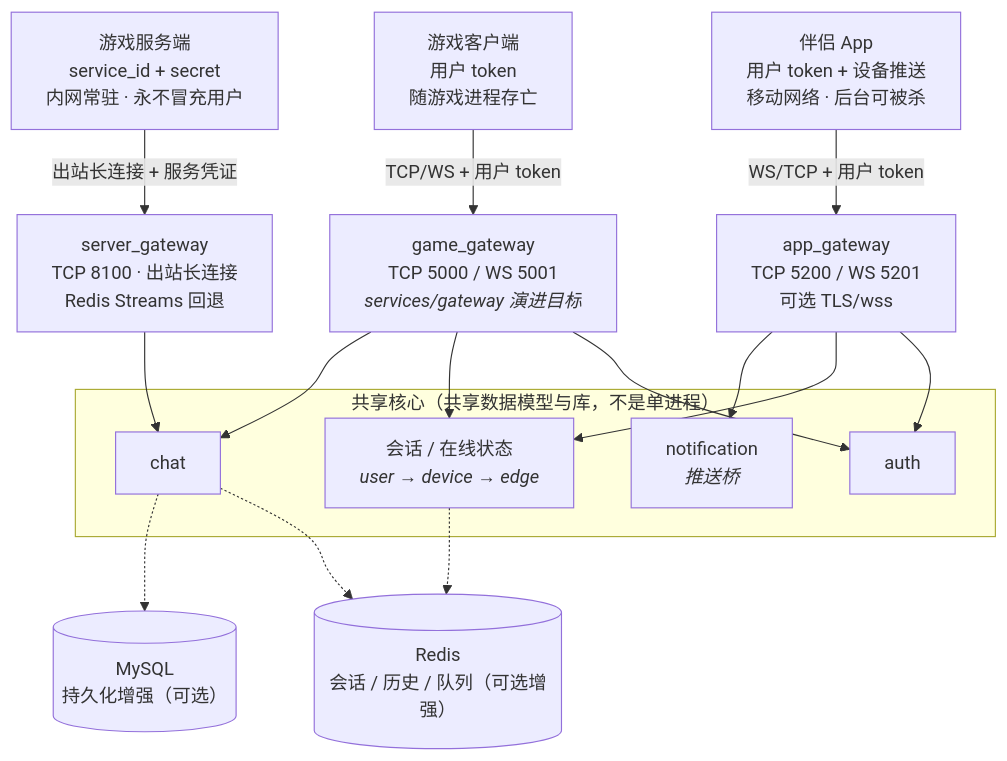
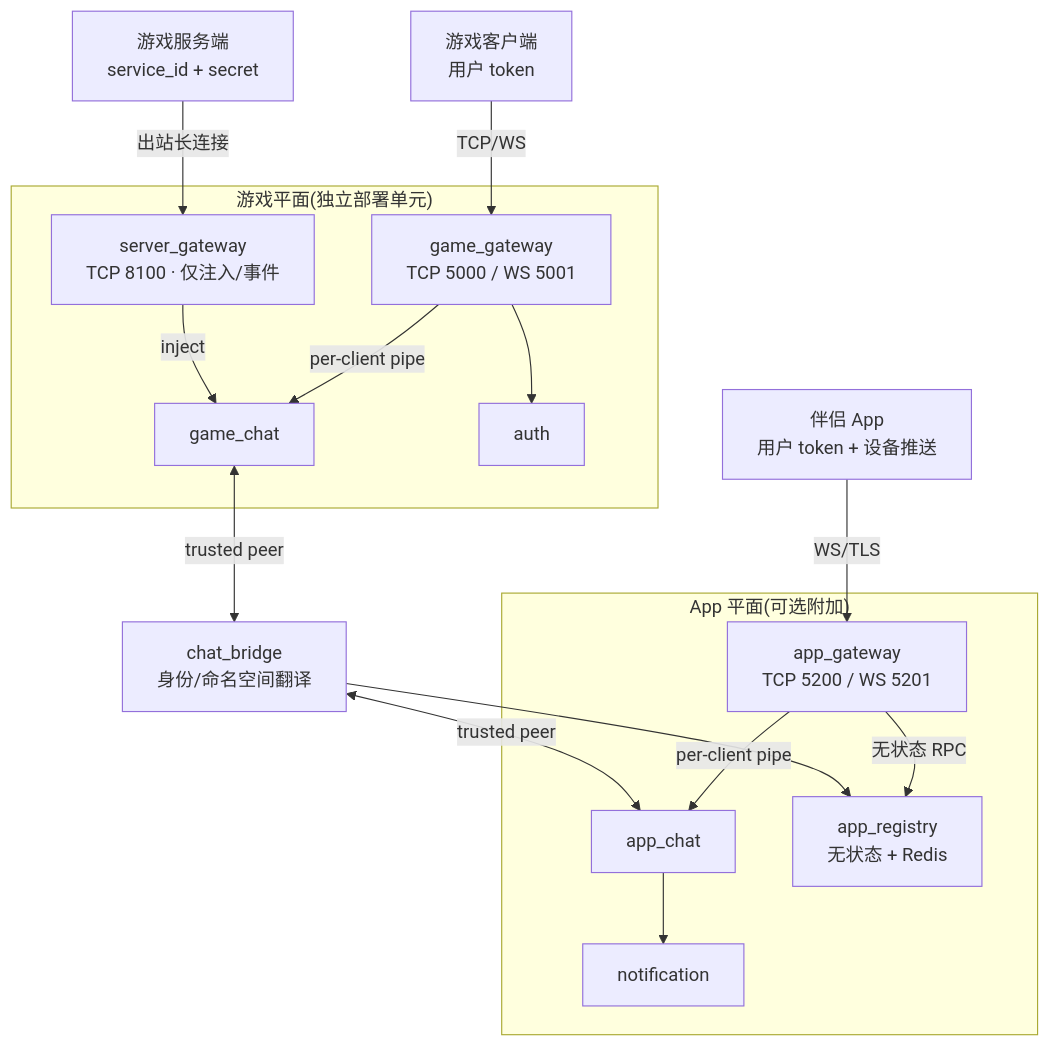
Before and after one commit to cuihairu/chirp: the diagram in README.md, drawn with Mermaid. The commit also changed other lines of this file and 3 other files, not shown here.

First line of the commit message:
docs: retarget architecture to the two-plane + chat_bridge topology

````diff
--- a/README.md
+++ b/README.md
@@ -33,32 +33,33 @@
 ```mermaid
 flowchart TB
-    Game["游戏客户端<br/>用户 token<br/>随游戏进程存亡"]
-    App["伴侣 App<br/>用户 token + 设备推送<br/>移动网络 · 后台可被杀"]
-    GS["游戏服务端<br/>service_id + secret<br/>内网常驻 · 永不冒充用户"]
+    Game["游戏客户端<br/>用户 token"]
+    App["伴侣 App<br/>用户 token + 设备推送"]
+    GS["游戏服务端<br/>service_id + secret"]
 
-    GG["game_gateway<br/>TCP 5000 / WS 5001<br/><i>services/gateway 演进目标</i>"]
-    AG["app_gateway<br/>TCP 5200 / WS 5201<br/>可选 TLS/wss"]
-    SG["server_gateway<br/>TCP 8100 · 出站长连接<br/>Redis Streams 回退"]
-
-    subgraph core["共享核心（共享数据模型与库，不是单进程）"]
-        Auth["auth"]
-        Session["会话 / 在线状态<br/><i>user → device → edge</i>"]
-        Chat["chat"]
-        Notif["notification<br/><i>推送桥</i>"]
+    subgraph gp["游戏平面(独立部署单元)"]
+        GG["game_gateway<br/>TCP 5000 / WS 5001"]
+        GCHAT["game_chat"]
+        SG["server_gateway<br/>TCP 8100 · 仅注入/事件"]
+        AUTH["auth"]
+        GG -->|per-client pipe| GCHAT
+        SG -->|inject| GCHAT
+        GG --> AUTH
     end
 
-    Redis[("Redis<br/>会话 / 历史 / 队列（可选增强）")]
-    MySQL[("MySQL<br/>持久化增强（可选）")]
+    subgraph ap["App 平面(可选附加)"]
+        AG["app_gateway<br/>TCP 5200 / WS 5201"]
+        ACHAT["app_chat"]
+        AREG["app_registry<br/>无状态 + Redis"]
+        NOTIF["notification"]
+        AG -->|per-client pipe| ACHAT
+        AG -->|无状态 RPC| AREG
+        ACHAT --> NOTIF
+    end
 
-    Game -- "TCP/WS + 用户 token" --> GG
-    App -- "WS/TCP + 用户 token" --> AG
-    GS -- "出站长连接 + 服务凭证" --> SG
-
-    GG --> Auth & Session & Chat
-    AG --> Auth & Session & Notif
-    SG --> Chat
-
-    Session -.-> Redis
-    Chat -.-> Redis
-    Chat -.-> MySQL
+    Game -- "TCP/WS" --> GG
+    App -- "WS/TLS" --> AG
+    GS -- "出站长连接" --> SG
+    GCHAT <-->|"trusted peer"| CB["chat_bridge<br/>身份/命名空间翻译"]
+    CB <-->|"trusted peer"| ACHAT
+    CB --> AREG
 ```
````
